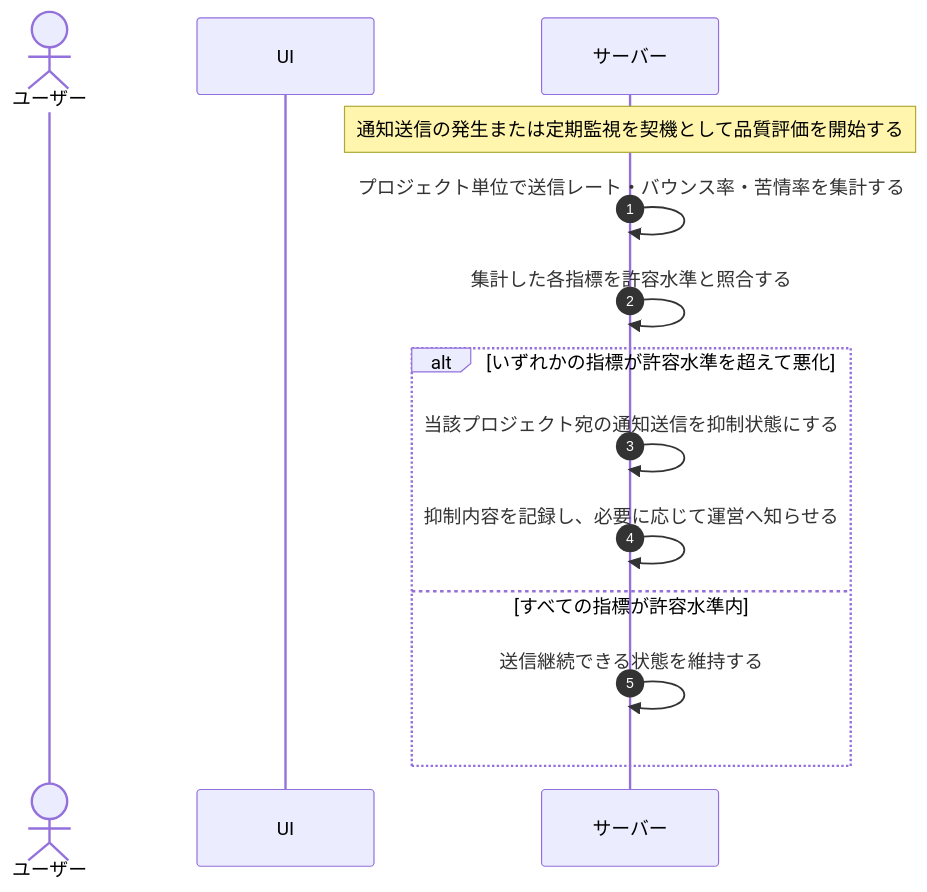
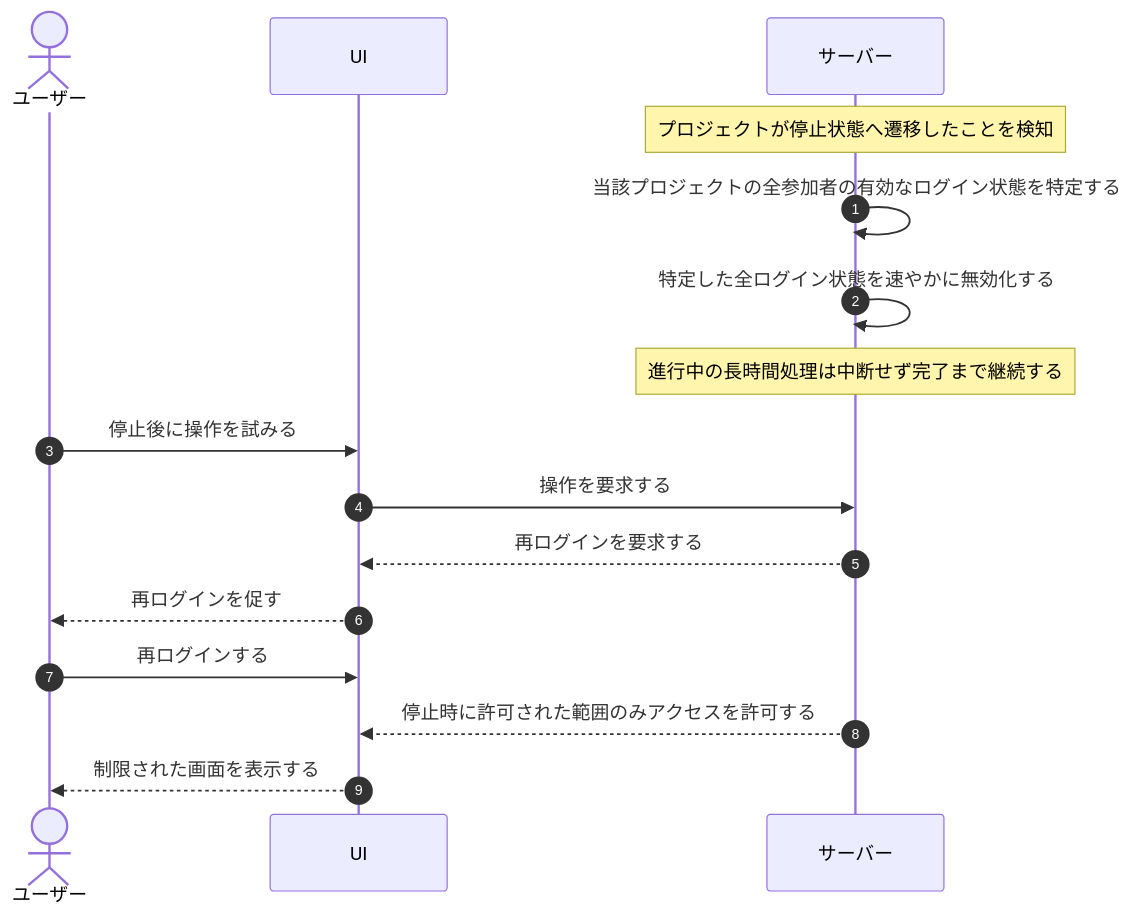
Before and after one commit to sikakou54/open-faq: the diagram in 01_requirements/04_business_usecases/UC-069.md, drawn with Mermaid. The commit also changed other lines of this file and 395 other files, not shown here.

````diff
--- a/01_requirements/04_business_usecases/UC-069.md
+++ b/01_requirements/04_business_usecases/UC-069.md
@@ -27,17 +26,18 @@
 ```mermaid
 sequenceDiagram
   autonumber
   actor U as ユーザー
   participant UI as UI
   participant S as サーバー
-
-  Note over S: 通知送信の発生または定期監視を契機として品質評価を開始する
-  S->>S: プロジェクト単位で送信レート・バウンス率・苦情率を集計する
-  S->>S: 集計した各指標を許容水準と照合する
-  alt いずれかの指標が許容水準を超えて悪化
-    S->>S: 当該プロジェクト宛の通知送信を抑制状態にする
-    S->>S: 抑制内容を記録し、必要に応じて運営へ知らせる
-  else すべての指標が許容水準内
-    S->>S: 送信継続できる状態を維持する
-  end
+  Note over S: プロジェクトが停止状態へ遷移したことを検知
+  S->>S: 当該プロジェクトの全参加者の有効なログイン状態を特定する
+  S->>S: 特定した全ログイン状態を速やかに無効化する
+  Note over S: 進行中の長時間処理は中断せず完了まで継続する
+  U->>UI: 停止後に操作を試みる
+  UI->>S: 操作を要求する
+  S-->>UI: 再ログインを要求する
+  UI-->>U: 再ログインを促す
+  U->>UI: 再ログインする
+  S-->>UI: 停止時に許可された範囲のみアクセスを許可する
+  UI-->>U: 制限された画面を表示する
 ```
````
